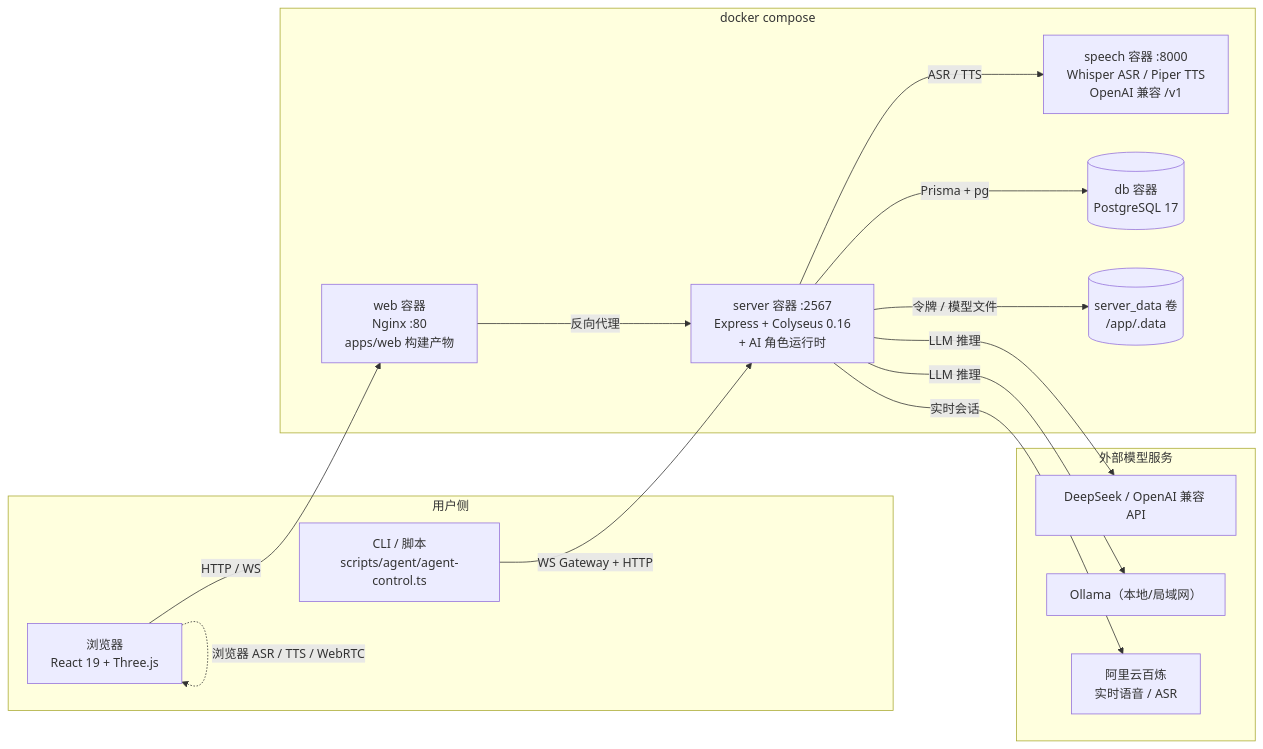
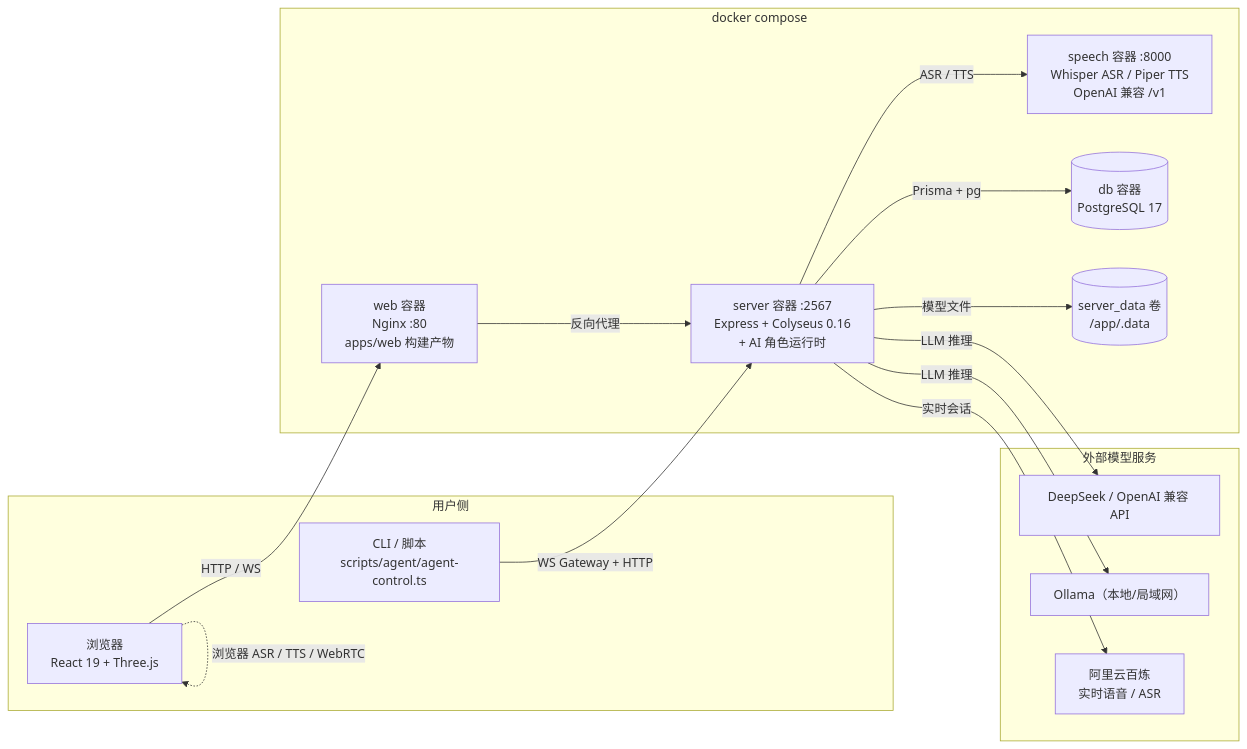
The first of 14 diagrams in docs/guide/architecture-diagrams.md (lulabs-org/embocraft), drawn with Mermaid before and after one commit. The commit also changed other lines of this file and 21 other files, not shown here.

````diff
--- a/docs/guide/architecture-diagrams.md
+++ b/docs/guide/architecture-diagrams.md
@@ -11,32 +11,32 @@
 ```mermaid
 graph LR
     subgraph Users["用户侧"]
         Browser["浏览器<br/>React 19 + Three.js"]
         CLI["CLI / 脚本<br/>scripts/agent/agent-control.ts"]
     end
 
     subgraph Docker["docker compose"]
         Web["web 容器<br/>Nginx :80<br/>apps/web 构建产物"]
         Server["server 容器 :2567<br/>Express + Colyseus 0.16<br/>+ AI 角色运行时"]
         Speech["speech 容器 :8000<br/>Whisper ASR / Piper TTS<br/>OpenAI 兼容 /v1"]
         DB[("db 容器<br/>PostgreSQL 17")]
         Vol[("server_data 卷<br/>/app/.data")]
     end
 
     subgraph External["外部模型服务"]
         DeepSeek["DeepSeek / OpenAI 兼容 API"]
         Ollama["Ollama（本地/局域网）"]
         Bailian["阿里云百炼<br/>实时语音 / ASR"]
     end
 
     Browser -->|HTTP / WS| Web
     Web -->|反向代理| Server
     CLI -->|WS Gateway + HTTP| Server
     Server -->|Prisma + pg| DB
-    Server -->|令牌 / 模型文件| Vol
+    Server -->|模型文件| Vol
     Server -->|ASR / TTS| Speech
     Server -->|LLM 推理| DeepSeek
     Server -->|LLM 推理| Ollama
     Server -->|实时会话| Bailian
     Browser -.->|浏览器 ASR / TTS / WebRTC| Browser
 ```
````
